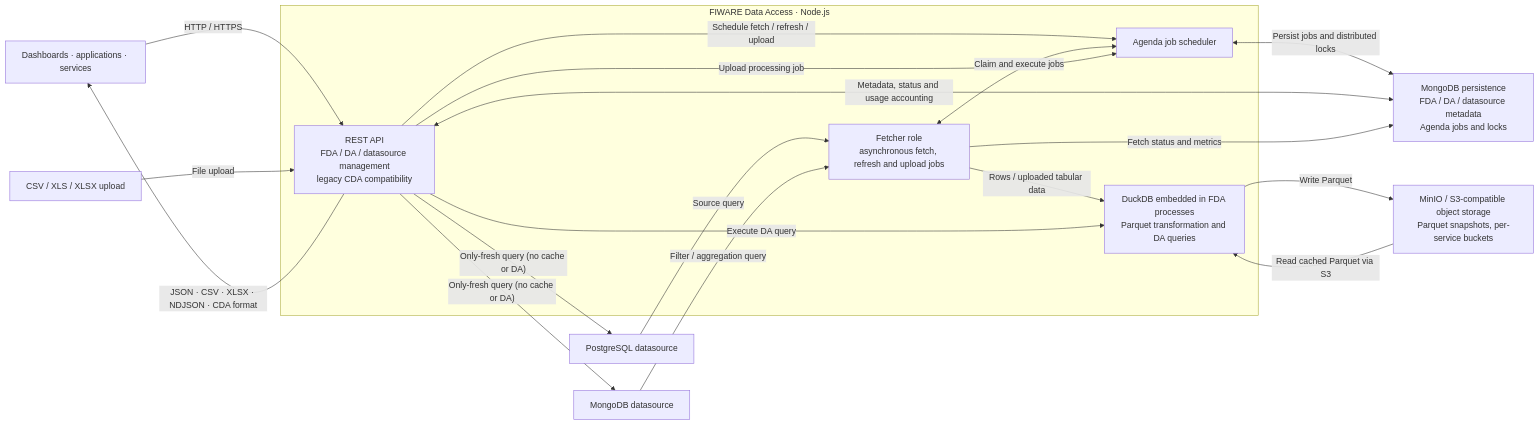
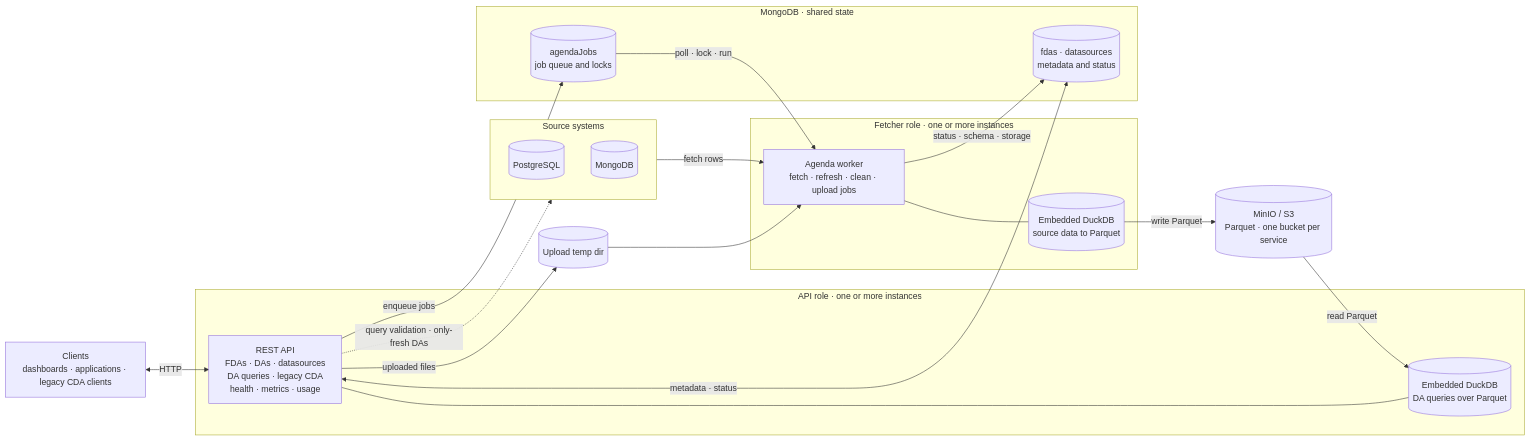
Before and after one commit to telefonicaid/fiware-data-access: the diagram in doc/02_architecture.md, drawn with Mermaid. The commit also changed other lines of this file and 2 other files, not shown here.

Commit message:
Replace architecture diagrams with a Mermaid overview of API and Fetcher roles

````diff
--- a/doc/02_architecture.md
+++ b/doc/02_architecture.md
@@ -138,37 +130,44 @@
 ```mermaid
 flowchart LR
-    Clients["Dashboards · applications · services"]
+    Clients["Clients<br/>dashboards · applications · legacy CDA clients"]
 
-    subgraph FDA["FIWARE Data Access · Node.js"]
-        API["REST API<br/>FDA / DA / datasource management<br/>legacy CDA compatibility"]
-        Worker["Fetcher role<br/>asynchronous fetch, refresh and upload jobs"]
-        DuckDB["DuckDB embedded in FDA processes<br/>Parquet transformation and DA queries"]
-        Agenda["Agenda job scheduler"]
+    subgraph APIRole["API role · one or more instances"]
+        API["REST API<br/>FDAs · DAs · datasources<br/>DA queries · legacy CDA<br/>health · metrics · usage"]
+        DuckAPI[("Embedded DuckDB<br/>DA queries over Parquet")]
     end
 
-    Postgres["PostgreSQL datasource"]
-    MongoSource["MongoDB datasource"]
-    Upload["CSV / XLS / XLSX upload"]
-    MongoMeta["MongoDB persistence<br/>FDA / DA / datasource metadata<br/>Agenda jobs and locks"]
-    MinIO["MinIO / S3-compatible object storage<br/>Parquet snapshots, per-service buckets"]
+    subgraph FetcherRole["Fetcher role · one or more instances"]
+        Worker["Agenda worker<br/>fetch · refresh · clean · upload jobs"]
+        DuckFetch[("Embedded DuckDB<br/>source data to Parquet")]
+    end
 
-    Clients -->|"HTTP / HTTPS"| API
-    API -->|"JSON · CSV · XLSX · NDJSON · CDA format"| Clients
-    API -->|"Schedule fetch / refresh / upload"| Agenda
-    Agenda <-->|"Persist jobs and distributed locks"| MongoMeta
-    Worker <-->|"Claim and execute jobs"| Agenda
-    API <-->|"Metadata, status and usage accounting"| MongoMeta
-    Worker -->|"Fetch status and metrics"| MongoMeta
+    subgraph Mongo["MongoDB · shared state"]
+        Meta[("fdas · datasources<br/>metadata and status")]
+        Jobs[("agendaJobs<br/>job queue and locks")]
+    end
 
-    Postgres -->|"Source query"| Worker
-    MongoSource -->|"Filter / aggregation query"| Worker
-    Upload -->|"File upload"| API
-    API -->|"Upload processing job"| Agenda
-    Worker -->|"Rows / uploaded tabular data"| DuckDB
-    DuckDB -->|"Write Parquet"| MinIO
+    UploadDir[("Upload temp dir")]
+    MinIO[("MinIO / S3<br/>Parquet · one bucket per service")]
 
-    API -->|"Execute DA query"| DuckDB
-    MinIO -->|"Read cached Parquet via S3"| DuckDB
-    API -->|"Only-fresh query (no cache or DA)"| Postgres
-    API -->|"Only-fresh query (no cache or DA)"| MongoSource
+    subgraph Sources["Source systems"]
+        PG[("PostgreSQL")]
+        MS[("MongoDB")]
+    end
+
+    Clients <-->|"HTTP"| API
+    API --- DuckAPI
+    Worker --- DuckFetch
+
+    API <-->|"metadata · status"| Meta
+    API -->|"enqueue jobs"| Jobs
+    Jobs -->|"poll · lock · run"| Worker
+    Worker -->|"status · schema · storage"| Meta
+
+    API -->|"uploaded files"| UploadDir
+    UploadDir --> Worker
+
+    Sources -->|"fetch rows"| Worker
+    DuckFetch -->|"write Parquet"| MinIO
+    MinIO -->|"read Parquet"| DuckAPI
+    API -.->|"query validation · only-fresh DAs"| Sources
 ```
````
